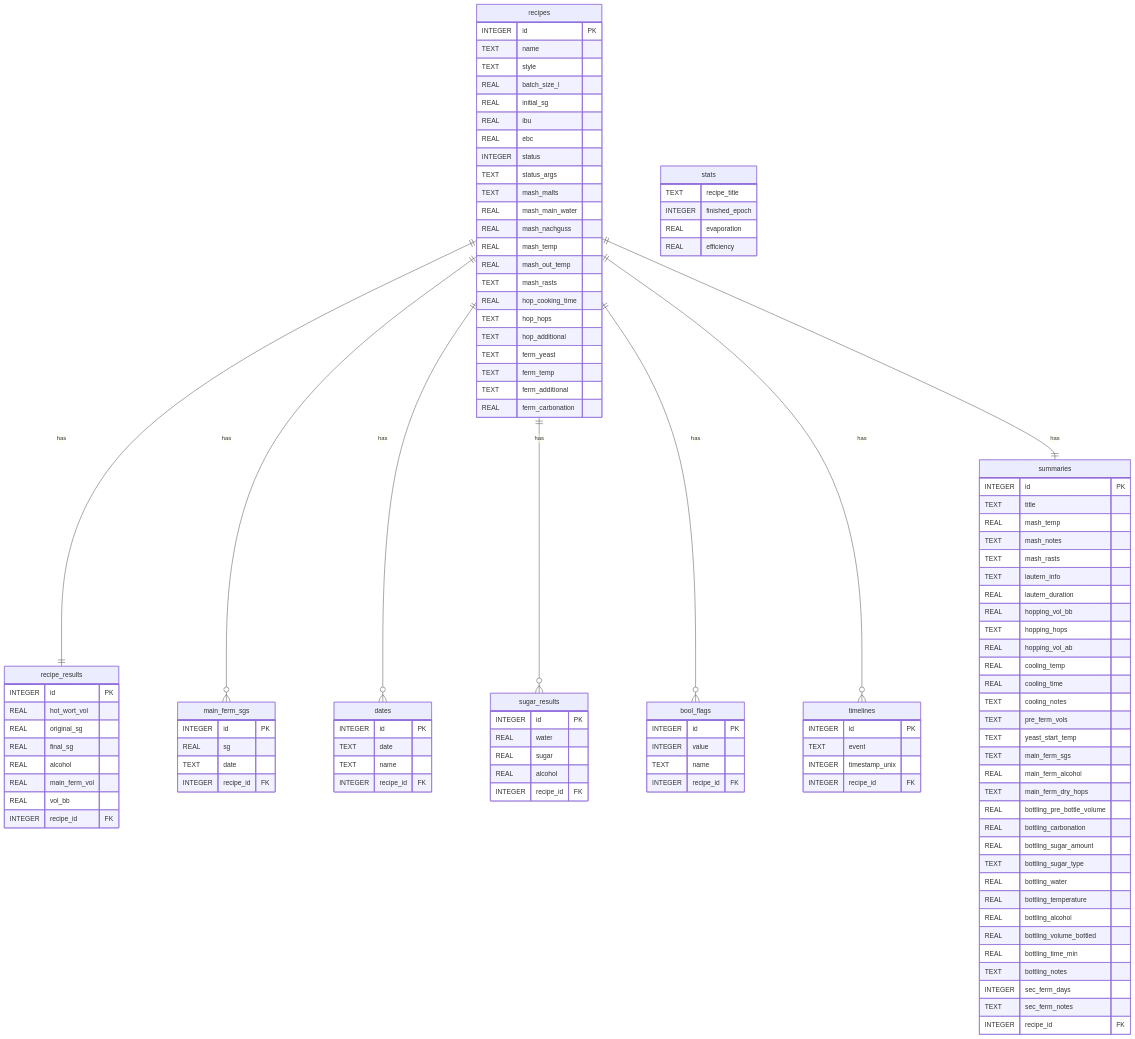
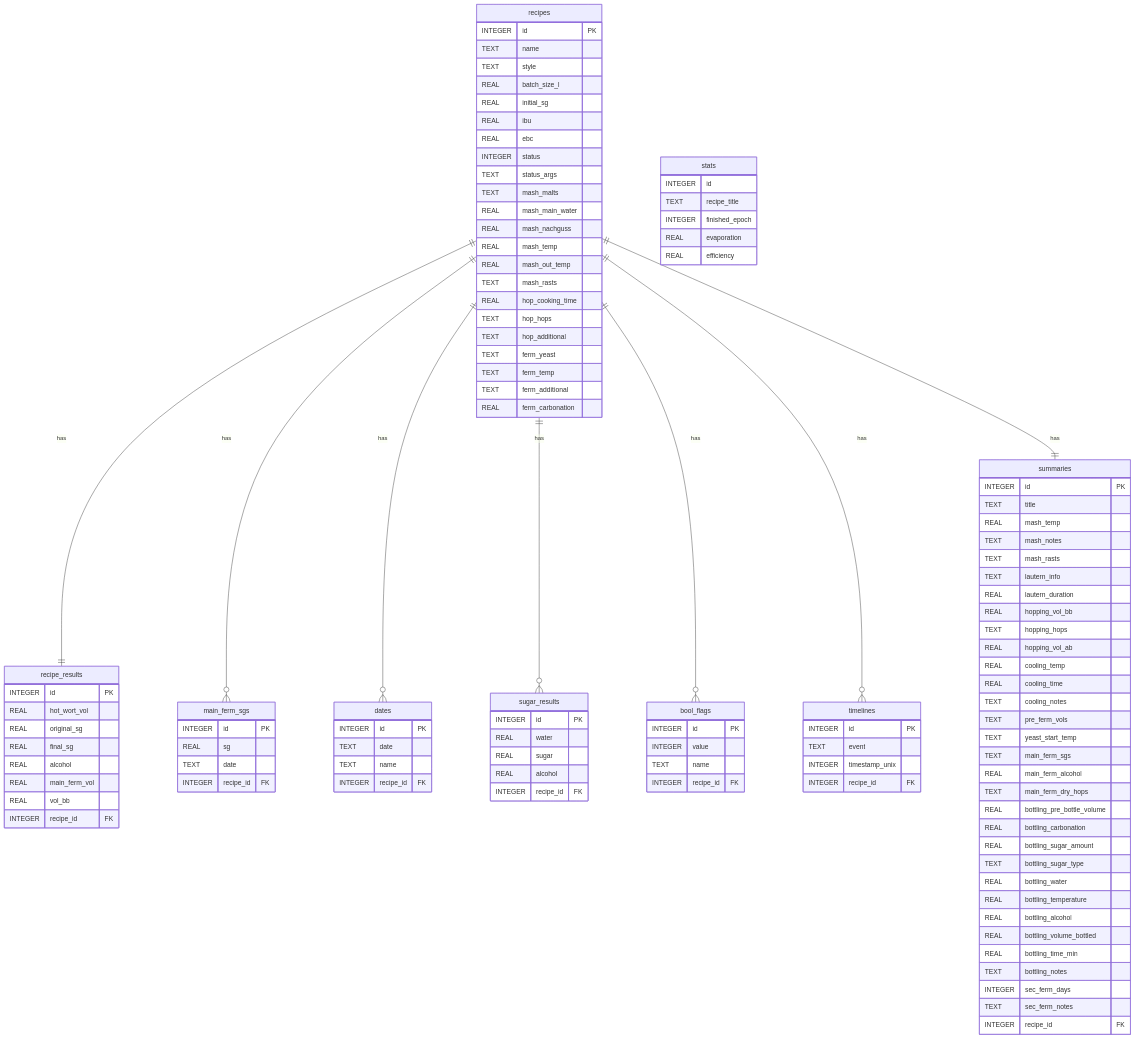
Before and after one commit to juan-castrillon/brewday: the seventh of 8 diagrams in TECHNICAL_OVERVIEW.md, drawn with Mermaid. The commit also changed other lines of this file and 17 other files, not shown here.

```diff
--- a/TECHNICAL_OVERVIEW.md
+++ b/TECHNICAL_OVERVIEW.md
@@ -582,6 +582,7 @@
     }
 
     stats {
+        INTEGER id
         TEXT recipe_title
         INTEGER finished_epoch
         REAL evaporation
```
